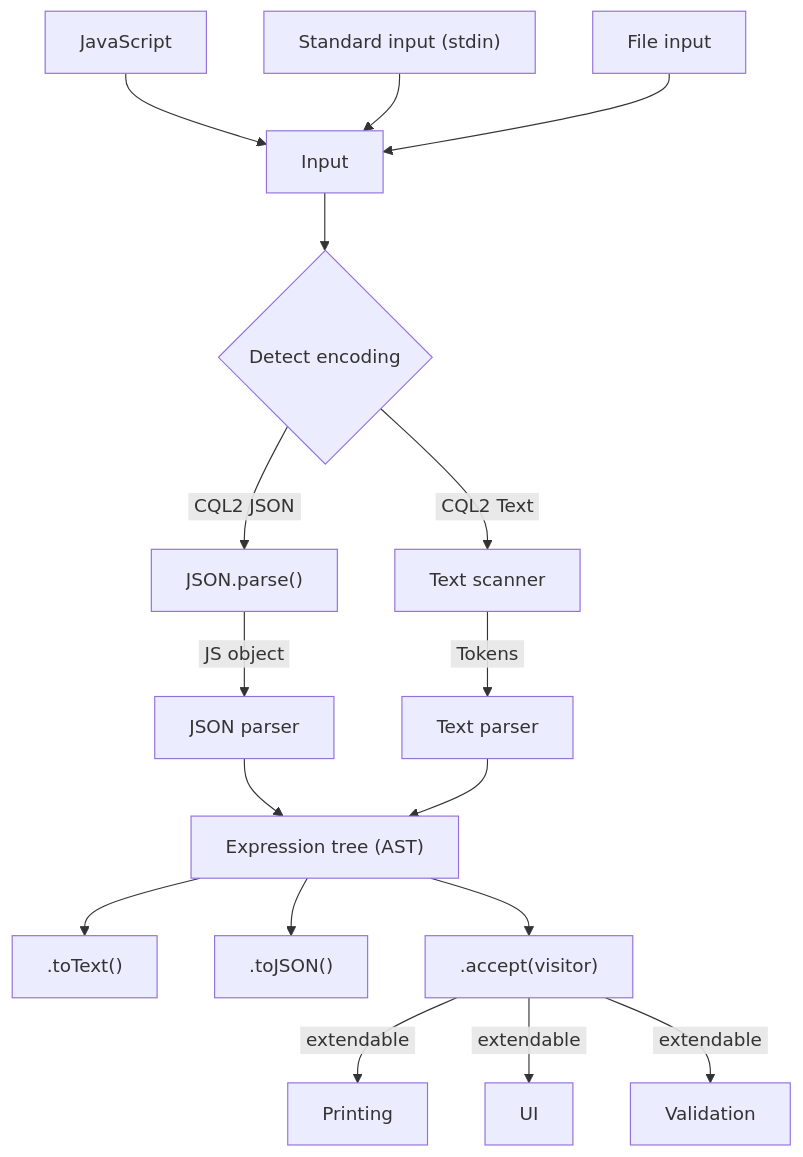
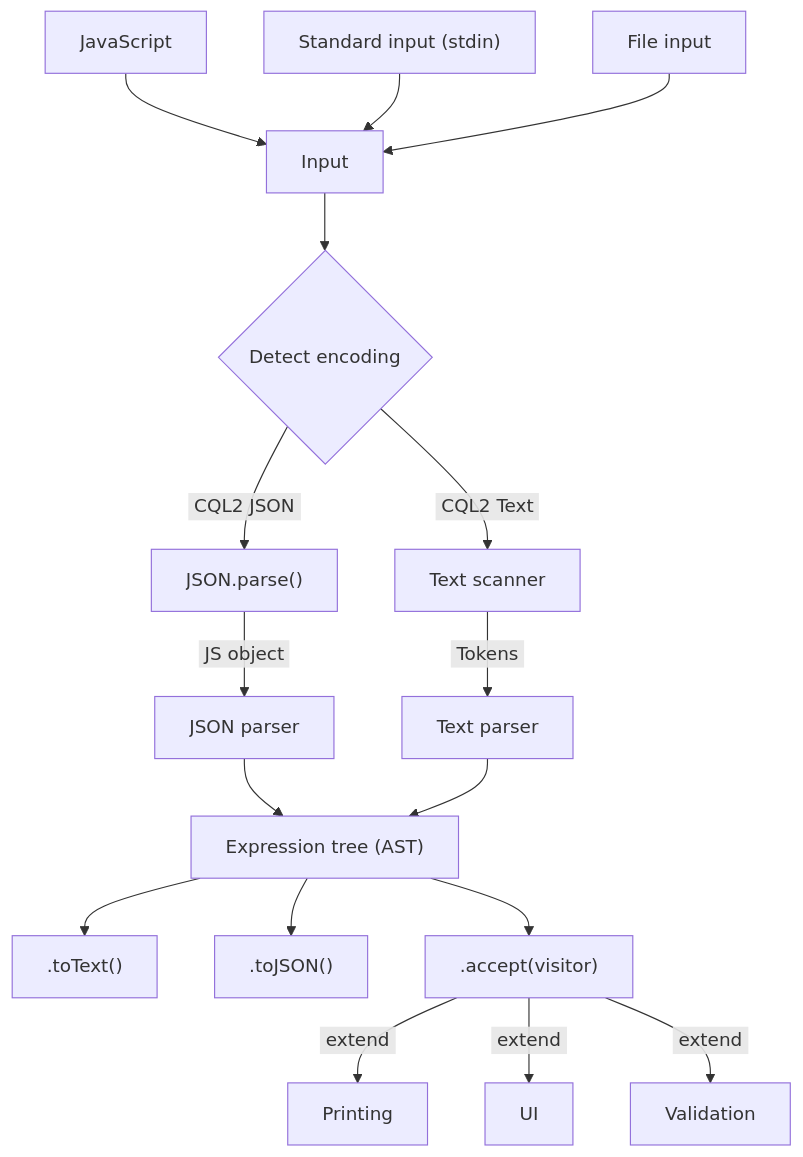
Before and after one commit to NoamRa/ogc-cql2-filters: the diagram in README.md, drawn with Mermaid.

Commit message:
more documentation

````diff
--- a/README.md
+++ b/README.md
@@ -19,27 +19,27 @@
 ```mermaid
 flowchart TD
     JS[JavaScript] --> IN[Input]
     SI["Standard input (stdin)"] --> IN[Input]
     FI[File input] --> IN[Input]
     IN --> D{Detect encoding}
 
     %% CQL2 Text
     D --> |&nbsp;CQL2 Text&nbsp;| TS[Text scanner]
     TS --> |&nbsp;Tokens&nbsp;| TP[Text parser]
 
     %% CQL2 JSON
     D --> |&nbsp;CQL2 JSON&nbsp;| JSONP["JSON.parse()"]
     JSONP --> |&nbsp;JS object&nbsp;| JP[JSON parser]
     JP --> E
     
     %% Results
     TP --> E["Expression tree (AST)"]
     E --> TT[".toText()"]
     E --> TJ[".toJSON()"]
     E --> VIS[".accept(visitor)"]
 
     %% Visitor
-    VIS --> |&nbsp;extendable&nbsp;| P[Printing]
-    VIS --> |&nbsp;extendable&nbsp;| UI[UI]
-    VIS --> |&nbsp;extendable&nbsp;| Val[Validation]
+    VIS --> |&nbsp;extend&nbsp;| P[Printing]
+    VIS --> |&nbsp;extend&nbsp;| UI[UI]
+    VIS --> |&nbsp;extend&nbsp;| Val[Validation]
 ```
````
